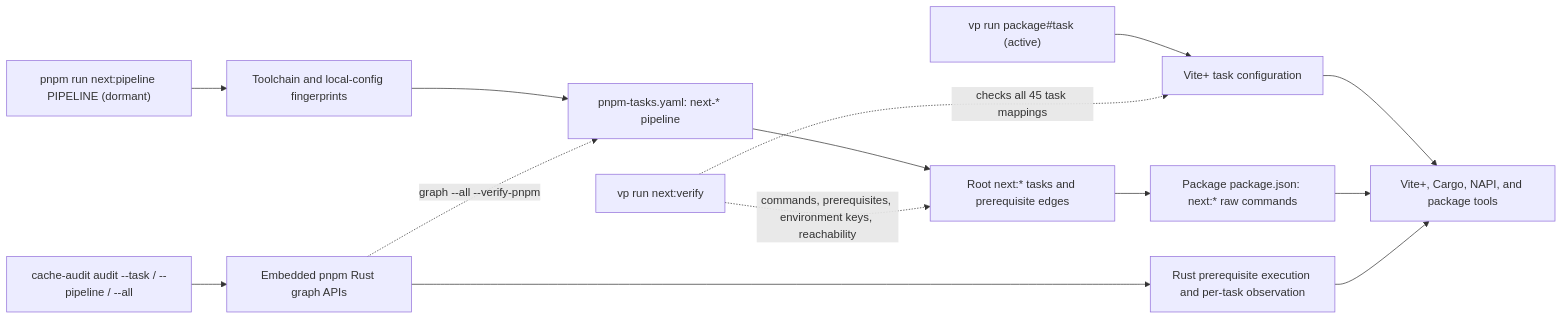
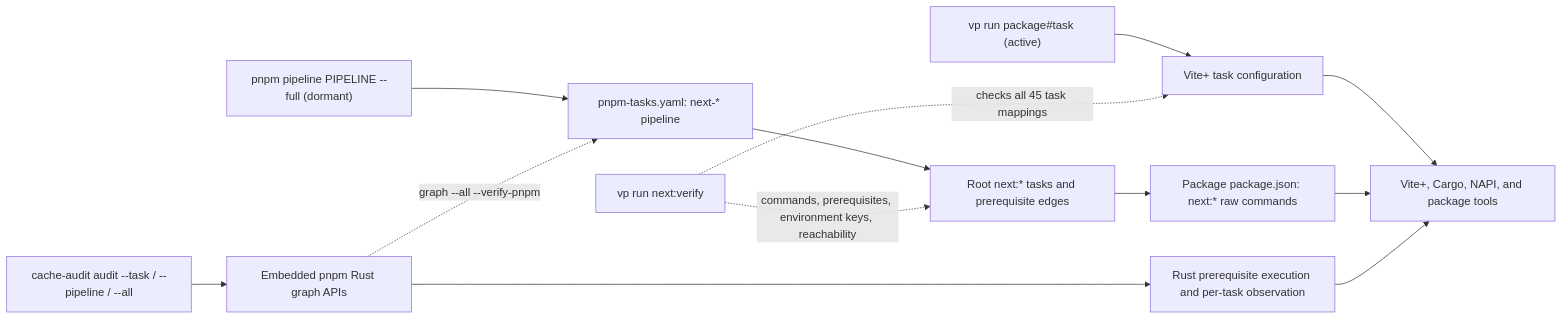
One commit to atlowChemi/vite-svg-2-webfont changed the first of 2 diagrams in CONTRIBUTING.md. Above: the diagram before and after it, drawn with Mermaid. The commit also changed other lines of this file and 17 other files, not shown here.

````diff
--- a/CONTRIBUTING.md
+++ b/CONTRIBUTING.md
@@ -66,16 +66,15 @@
 ```mermaid
 flowchart LR
     active["vp run package#task (active)"] --> vite["Vite+ task configuration"]
     vite --> tools["Vite+, Cargo, NAPI, and package tools"]
-    next["pnpm run next:pipeline PIPELINE (dormant)"] --> identity["Toolchain and local-config fingerprints"]
-    identity --> pipeline["pnpm-tasks.yaml: next-* pipeline"]
+    next["pnpm pipeline PIPELINE --full (dormant)"] --> pipeline["pnpm-tasks.yaml: next-* pipeline"]
     pipeline --> tasks["Root next:* tasks and prerequisite edges"]
     tasks --> scripts["Package package.json: next:* raw commands"]
     scripts --> tools
     parity["vp run next:verify"] -. "checks all 45 task mappings" .-> vite
     parity -. "commands, prerequisites, environment keys, reachability" .-> tasks
     audit["cache-audit audit --task / --pipeline / --all"] --> rust["Embedded pnpm Rust graph APIs"]
     rust --> execution["Rust prerequisite execution and per-task observation"]
     execution --> tools
     rust -. "graph --all --verify-pnpm" .-> pipeline
 ```
````
